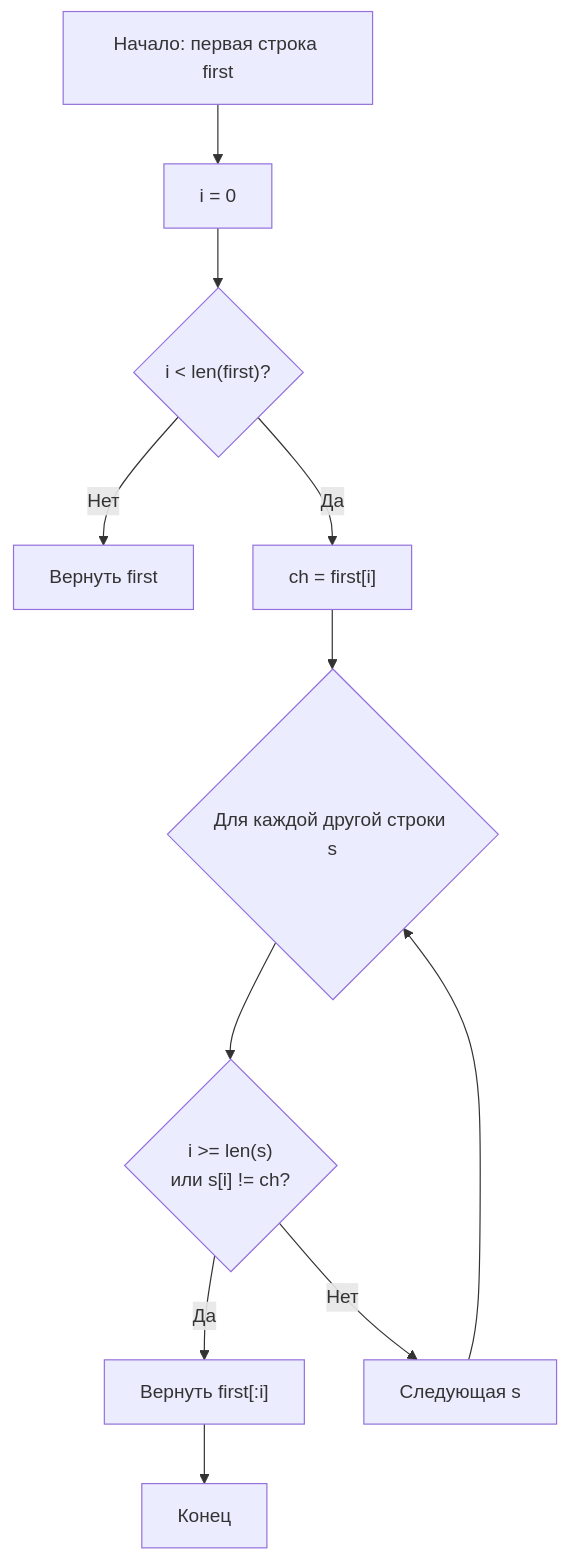
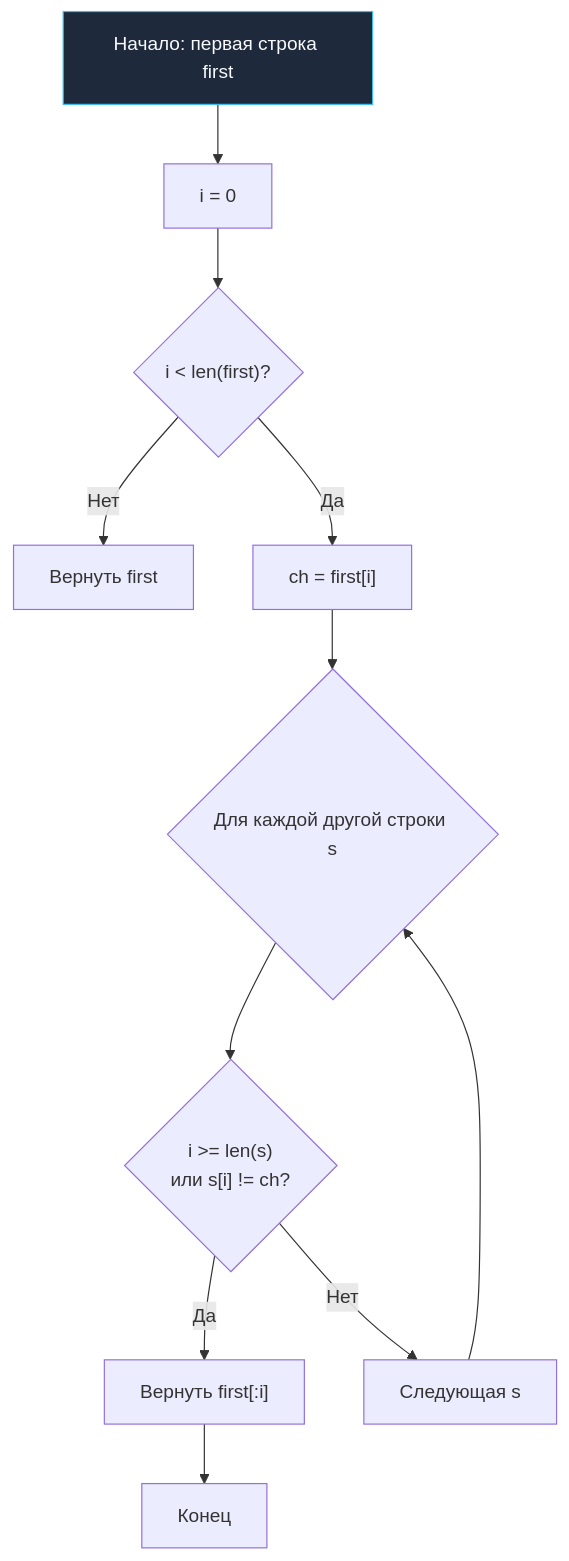
One commit to UnrealTemplier/go-textbook changed the diagram in sources/21. Задачи с LeetCode и собеседований на Go/02. Задачи/01. Массивы и строки/11. Longest Common Prefix.md. Above: the diagram before and after it, drawn with Mermaid. The commit also changed 1666 other files, not shown here.

First line of the commit message:
feat(mermaid): add semantic color classDef to 1369 colorless flowchart/graph diagrams

````diff
--- a/sources/21. Задачи с LeetCode и собеседований на Go/02. Задачи/01. Массивы и строки/11. Longest Common Prefix.md
+++ b/sources/21. Задачи с LeetCode и собеседований на Go/02. Задачи/01. Массивы и строки/11. Longest Common Prefix.md
@@ -76,13 +76,23 @@
 ```mermaid
 flowchart TD
-    A["Начало: первая строка first"] --> B["i = 0"]
+    classDef process  fill:#1e293b,stroke:#38bdf8,stroke-width:1px,color:#f8fafc
+    classDef success  fill:#064e3b,stroke:#34d399,stroke-width:1px,color:#f8fafc
+    classDef error    fill:#7f1d1d,stroke:#f87171,stroke-width:1px,color:#f8fafc
+    classDef warning  fill:#78350f,stroke:#fbbf24,stroke-width:1px,color:#f8fafc
+    classDef entry    fill:#1e3a5f,stroke:#38bdf8,stroke-width:2px,color:#f8fafc
+    classDef aux      fill:#334155,stroke:#64748b,stroke-width:1px,color:#f8fafc
+    classDef system   fill:#312e81,stroke:#a78bfa,stroke-width:1px,color:#f8fafc
+    classDef data     fill:#132d29,stroke:#2dd4bf,stroke-width:1px,color:#f8fafc
+    classDef network  fill:#881337,stroke:#fb7185,stroke-width:1px,color:#f8fafc
+    classDef accent   fill:#1e1b4b,stroke:#818cf8,stroke-width:1px,color:#f8fafc
+    A["Начало: первая строка first"]:::process --> B["i = 0"]
     B --> C{"i < len(first)?"}
     C -->|"Нет"| D["Вернуть first"]
     C -->|"Да"| E["ch = first[i]"]
     E --> F{"Для каждой другой строки s"}
     F --> G{"i >= len(s)<br>или s[i] != ch?"}
     G -->|"Да"| H["Вернуть first[:i]"]
     G -->|"Нет"| I["Следующая s"]
     I --> F
     H --> End["Конец"]
 ```
````
